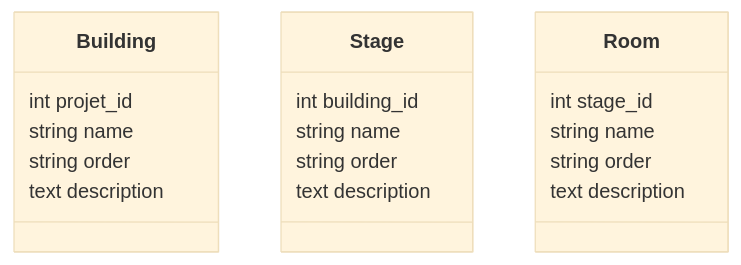
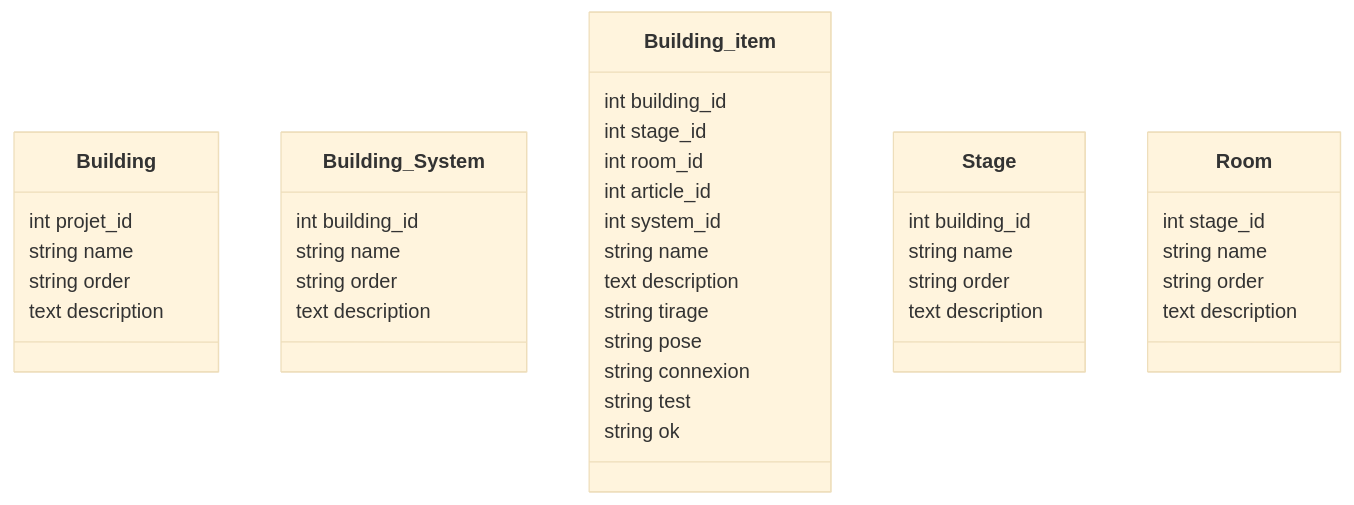
Before and after one commit to desmond8500/Dash3: the diagram in database/docs/05_Building.md, drawn with Mermaid (base theme). The commit also changed 6 other files, not shown here.

````diff
--- a/database/docs/05_Building.md
+++ b/database/docs/05_Building.md
@@ -24,28 +24,51 @@
 ```mermaid
 classDiagram
 
 class Building {
     int projet_id
     string name
     string order
     text description
+}
+
+class Building_System {
+    int building_id
+    string name
+    string order
+    text description
+}
+
+class Building_item {
+    int building_id
+    int stage_id
+    int room_id
+    int article_id
+    int system_id
+    string name
+    text description
+
+    string tirage
+    string pose
+    string connexion
+    string test
+    string ok
 }
 
 class Stage {
     int building_id
     string name
     string order
     text description
 }
 
 class Room {
     int stage_id
     string name
     string order
     text description
 }
 
 
 
 
 ```
````
